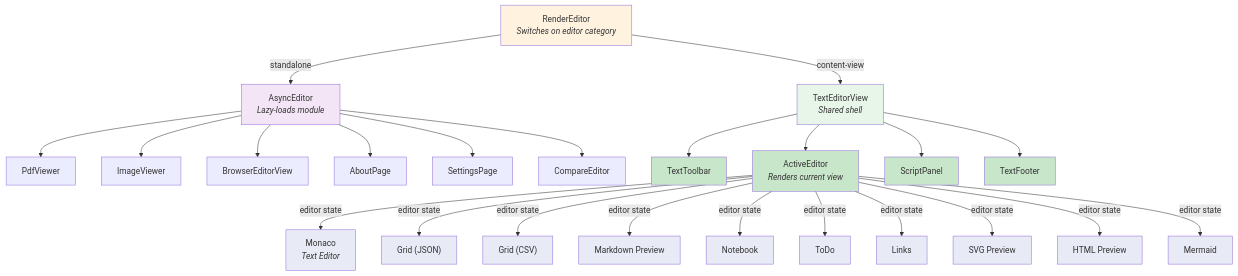
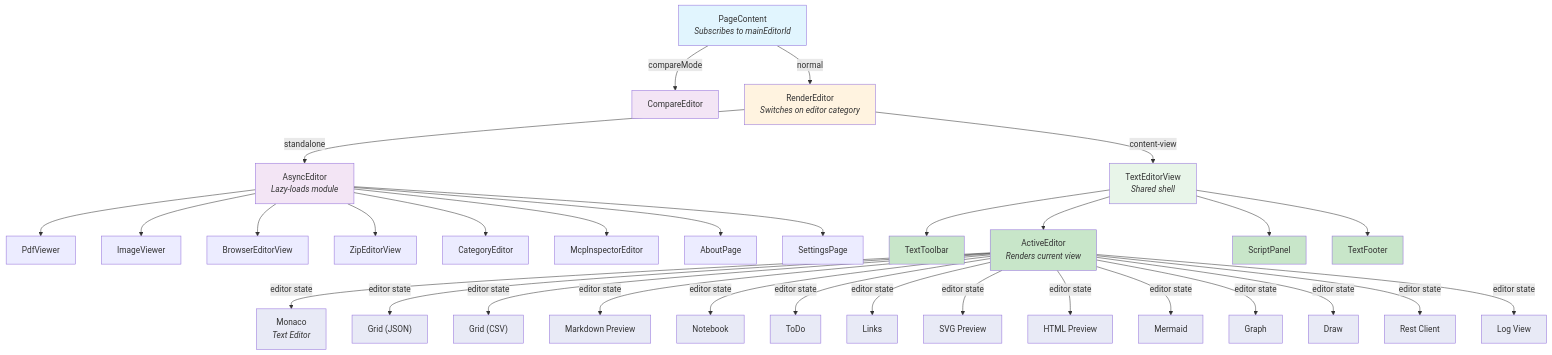
One commit to andriy-viyatyk/persephone changed the diagram in doc/architecture/diagrams/3-rendering-architecture.mmd. Above: the diagram before and after it, drawn with Mermaid. The commit also changed 54 other files, not shown here.

```diff
--- a/doc/architecture/diagrams/3-rendering-architecture.mmd
+++ b/doc/architecture/diagrams/3-rendering-architecture.mmd
@@ -1,46 +1,61 @@
 graph TB
-    RP["RenderEditor<br/><i>Switches on editor category</i>"]
+    PC["PageContent<br/><i>Subscribes to mainEditorId</i>"]
 
-    RP -->|"standalone"| AE["AsyncEditor<br/><i>Lazy-loads module</i>"]
+    PC -->|"compareMode"| CMP["CompareEditor"]
+    PC -->|"normal"| RE["RenderEditor<br/><i>Switches on editor category</i>"]
+
+    RE -->|"standalone"| AE["AsyncEditor<br/><i>Lazy-loads module</i>"]
     AE --> PDF["PdfViewer"]
     AE --> IMG["ImageViewer"]
     AE --> BR["BrowserEditorView"]
+    AE --> ZIP["ZipEditorView"]
+    AE --> CAT["CategoryEditor"]
+    AE --> MCP["McpInspectorEditor"]
     AE --> AB["AboutPage"]
     AE --> SET["SettingsPage"]
-    AE --> CMP["CompareEditor"]
 
-    RP -->|"content-view"| TPV["TextEditorView<br/><i>Shared shell</i>"]
+    RE -->|"content-view"| TPV["TextEditorView<br/><i>Shared shell</i>"]
 
     TPV --> TB["TextToolbar"]
     TPV --> ACT["ActiveEditor<br/><i>Renders current view</i>"]
     TPV --> SP["ScriptPanel"]
     TPV --> TF["TextFooter"]
 
     ACT -->|"editor state"| MON["Monaco<br/><i>Text Editor</i>"]
     ACT -->|"editor state"| GJ["Grid (JSON)"]
     ACT -->|"editor state"| GC["Grid (CSV)"]
     ACT -->|"editor state"| MD["Markdown Preview"]
     ACT -->|"editor state"| NB["Notebook"]
     ACT -->|"editor state"| TD["ToDo"]
     ACT -->|"editor state"| LK["Links"]
     ACT -->|"editor state"| SVG["SVG Preview"]
     ACT -->|"editor state"| HTML["HTML Preview"]
     ACT -->|"editor state"| MMD["Mermaid"]
+    ACT -->|"editor state"| GR["Graph"]
+    ACT -->|"editor state"| DR["Draw"]
+    ACT -->|"editor state"| RC["Rest Client"]
+    ACT -->|"editor state"| LV["Log View"]
 
-    style RP fill:#fff3e0
+    style PC fill:#e1f5fe
+    style CMP fill:#f3e5f5
+    style RE fill:#fff3e0
     style AE fill:#f3e5f5
     style TPV fill:#e8f5e9
     style TB fill:#c8e6c9
     style ACT fill:#c8e6c9
     style SP fill:#c8e6c9
     style TF fill:#c8e6c9
     style MON fill:#e8eaf6
     style GJ fill:#e8eaf6
     style GC fill:#e8eaf6
     style MD fill:#e8eaf6
     style NB fill:#e8eaf6
     style TD fill:#e8eaf6
     style LK fill:#e8eaf6
     style SVG fill:#e8eaf6
     style HTML fill:#e8eaf6
     style MMD fill:#e8eaf6
+    style GR fill:#e8eaf6
+    style DR fill:#e8eaf6
+    style RC fill:#e8eaf6
+    style LV fill:#e8eaf6
```
